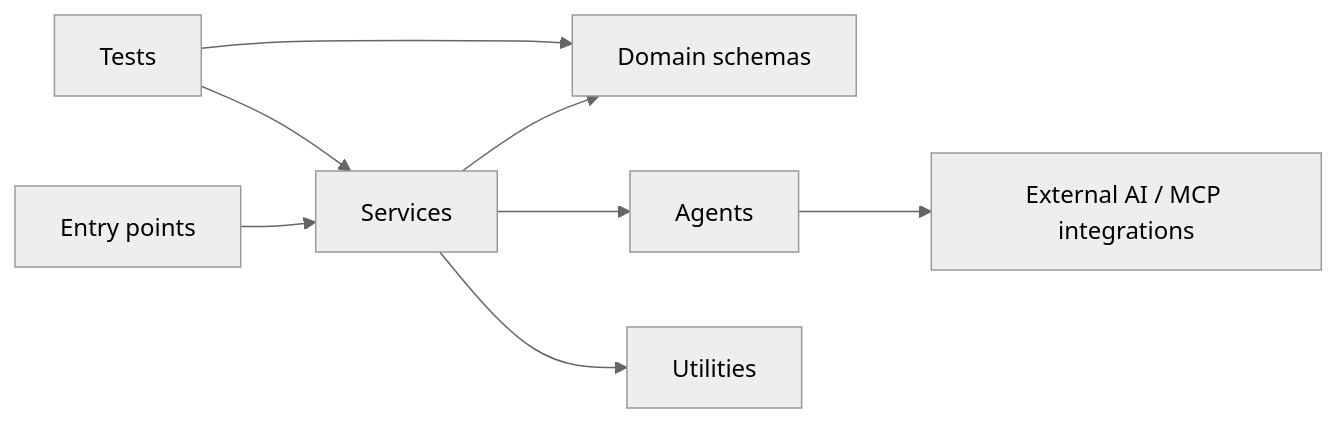
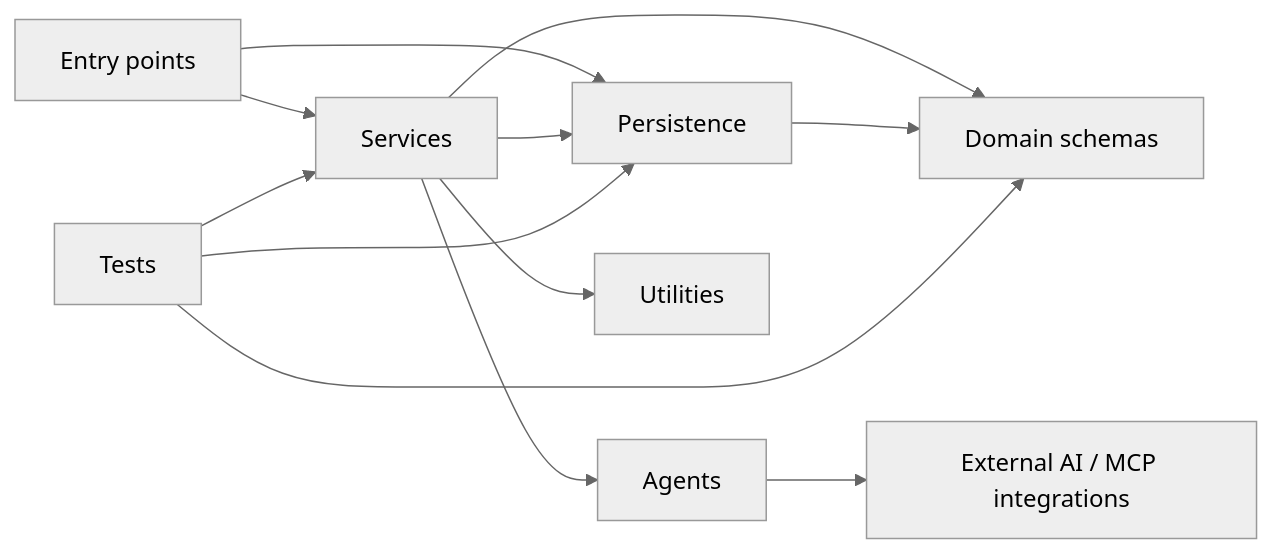
One commit to amin076/tital changed the second of 2 diagrams in docs/architecture/repository-structure.md. Above: the diagram before and after it, drawn with Mermaid (neutral theme). The commit also changed other lines of this file and 6 other files, not shown here.

````diff
--- a/docs/architecture/repository-structure.md
+++ b/docs/architecture/repository-structure.md
@@ -174,10 +194,14 @@
 ```mermaid
 graph LR
     CLI[Entry points] --> S[Services]
+    CLI --> PERS[Persistence]
     S --> D[Domain schemas]
     S --> A[Agents]
+    S --> PERS
     A --> I[External AI / MCP integrations]
     S --> U[Utilities]
+    PERS --> D
     T[Tests] --> S
     T --> D
+    T --> PERS
 ```
````
